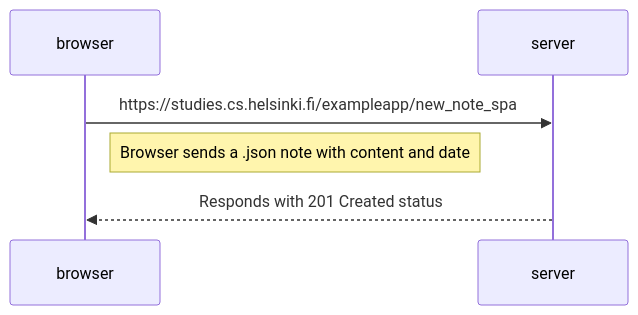
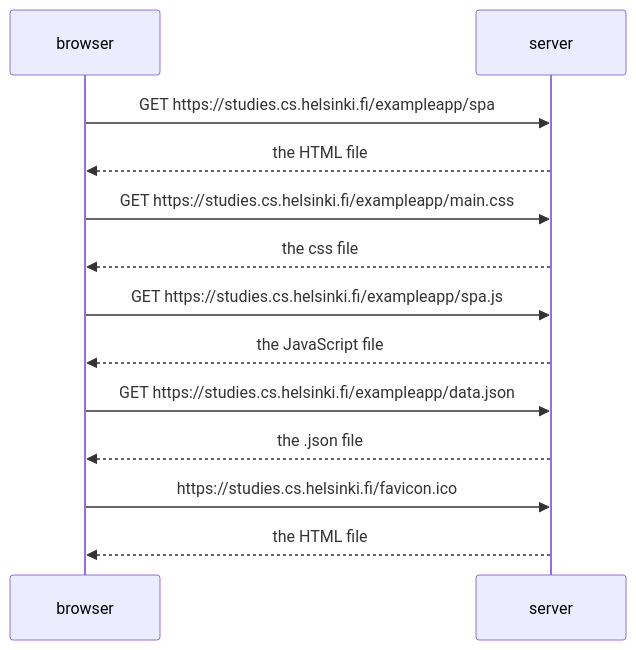
One commit to khan5ula/FullStack-HY-khannula changed the diagram in osa0/0-5-single-page-app.md. Above: the diagram before and after it, drawn with Mermaid.

Commit message:
Fixed 0-5-single-page-app sequence

````diff
--- a/osa0/0-5-single-page-app.md
+++ b/osa0/0-5-single-page-app.md
@@ -1,8 +1,15 @@
 ```mermaid
 sequenceDiagram
     participant browser
     participant server
-    browser->>server: https://studies.cs.helsinki.fi/exampleapp/new_note_spa
-    note right of browser: Browser sends a .json note with content and date
-    server-->>browser: Responds with 201 Created status
+    browser->>server: GET https://studies.cs.helsinki.fi/exampleapp/spa
+    server-->>browser: the HTML file
+    browser->>server: GET https://studies.cs.helsinki.fi/exampleapp/main.css
+    server-->>browser: the css file
+    browser->>server: GET https://studies.cs.helsinki.fi/exampleapp/spa.js
+    server-->>browser: the JavaScript file
+    browser->>server: GET https://studies.cs.helsinki.fi/exampleapp/data.json
+    server-->>browser: the .json file
+    browser->>server: https://studies.cs.helsinki.fi/favicon.ico
+    server-->>browser: the HTML file
 ```
````
